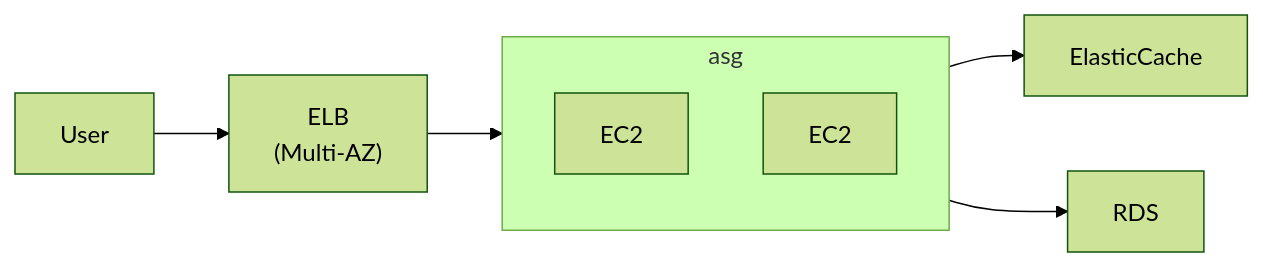
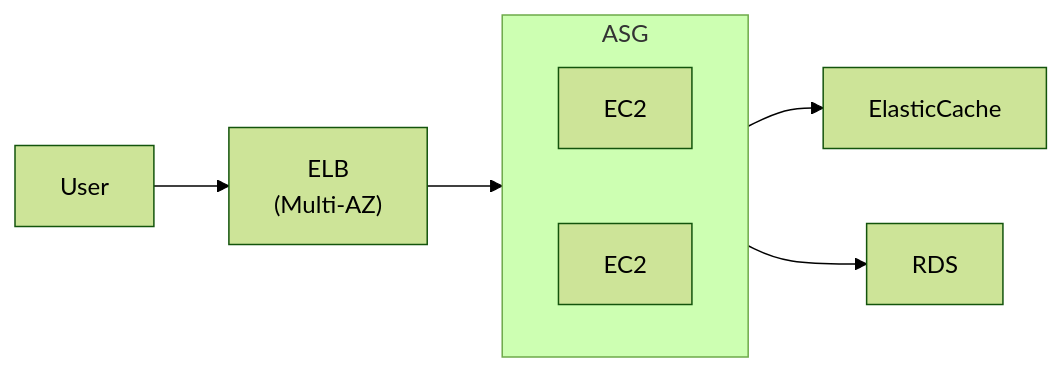
One commit to cool21540125/documentation-notes changed the fourth of 18 diagrams in aws/cert-CLF_C01.md. Above: the diagram before and after it, drawn with Mermaid (forest theme). The commit also changed 8 other files, not shown here.

````diff
--- a/aws/cert-CLF_C01.md
+++ b/aws/cert-CLF_C01.md
@@ -498,13 +498,14 @@
     ```mermaid
     flowchart LR;
 
-    subgraph asg
-    az1["EC2"];
-    az2["EC2"];
+    subgraph ASG
+        direction LR;
+        az1["EC2"];
+        az2["EC2"];
     end
 
     User --> elb["ELB \n (Multi-AZ)"];
-    elb --> asg;
-    asg --> ElasticCache;
-    asg --> RDS;
+    elb --> ASG;
+    ASG --> ElasticCache;
+    ASG --> RDS;
     ```
````
